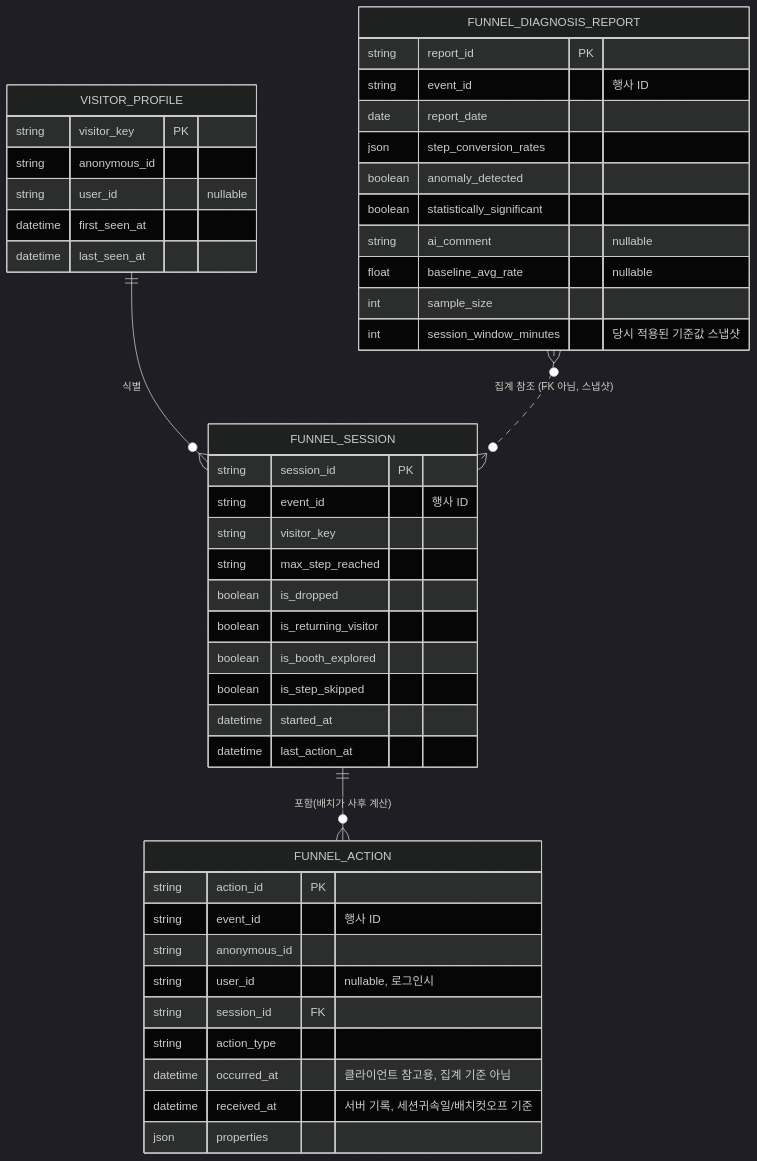
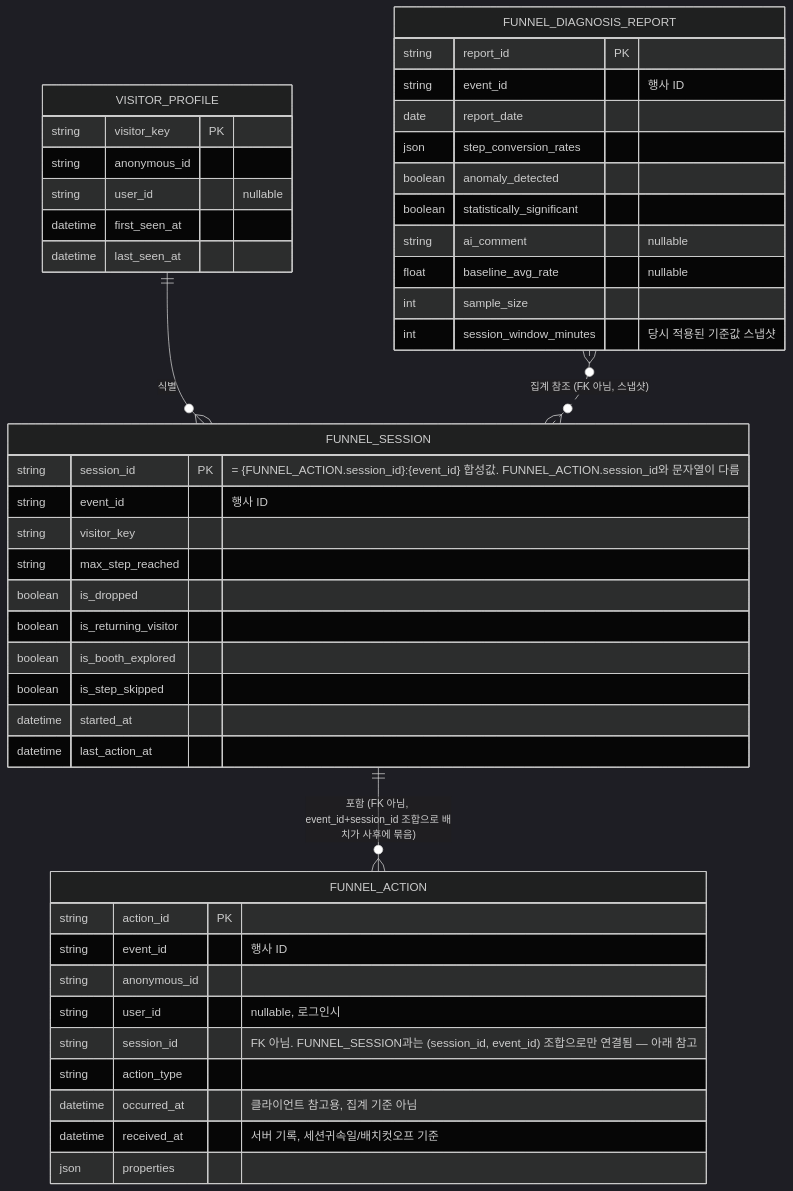
The first of 3 diagrams in docs/funnel-ai-diagnosis/technical-design.md (half-fifty/eventoday), drawn with Mermaid (dark theme) before and after one commit. The commit also changed other lines of this file and 3 other files, not shown here.

````diff
--- a/docs/funnel-ai-diagnosis/technical-design.md
+++ b/docs/funnel-ai-diagnosis/technical-design.md
@@ -105,49 +105,49 @@
 ```mermaid
 erDiagram
     FUNNEL_ACTION {
         string action_id PK
         string event_id "행사 ID"
         string anonymous_id
         string user_id "nullable, 로그인시"
-        string session_id FK
+        string session_id "FK 아님. FUNNEL_SESSION과는 (session_id, event_id) 조합으로만 연결됨 — 아래 참고"
         string action_type
         datetime occurred_at "클라이언트 참고용, 집계 기준 아님"
         datetime received_at "서버 기록, 세션귀속일/배치컷오프 기준"
         json properties
     }
     VISITOR_PROFILE {
         string visitor_key PK
         string anonymous_id
         string user_id "nullable"
         datetime first_seen_at
         datetime last_seen_at
     }
     FUNNEL_SESSION {
-        string session_id PK
+        string session_id PK "= {FUNNEL_ACTION.session_id}:{event_id} 합성값. FUNNEL_ACTION.session_id와 문자열이 다름"
         string event_id "행사 ID"
         string visitor_key
         string max_step_reached
         boolean is_dropped
         boolean is_returning_visitor
         boolean is_booth_explored
         boolean is_step_skipped
         datetime started_at
         datetime last_action_at
     }
     FUNNEL_DIAGNOSIS_REPORT {
         string report_id PK
         string event_id "행사 ID"
         date report_date
         json step_conversion_rates
         boolean anomaly_detected
         boolean statistically_significant
         string ai_comment "nullable"
         float baseline_avg_rate "nullable"
         int sample_size
         int session_window_minutes "당시 적용된 기준값 스냅샷"
     }
 
     VISITOR_PROFILE ||--o{ FUNNEL_SESSION : "식별"
-    FUNNEL_SESSION ||--o{ FUNNEL_ACTION : "포함(배치가 사후 계산)"
+    FUNNEL_SESSION ||--o{ FUNNEL_ACTION : "포함 (FK 아님, event_id+session_id 조합으로 배치가 사후에 묶음)"
     FUNNEL_DIAGNOSIS_REPORT }o..o{ FUNNEL_SESSION : "집계 참조 (FK 아님, 스냅샷)"
 ```
````
